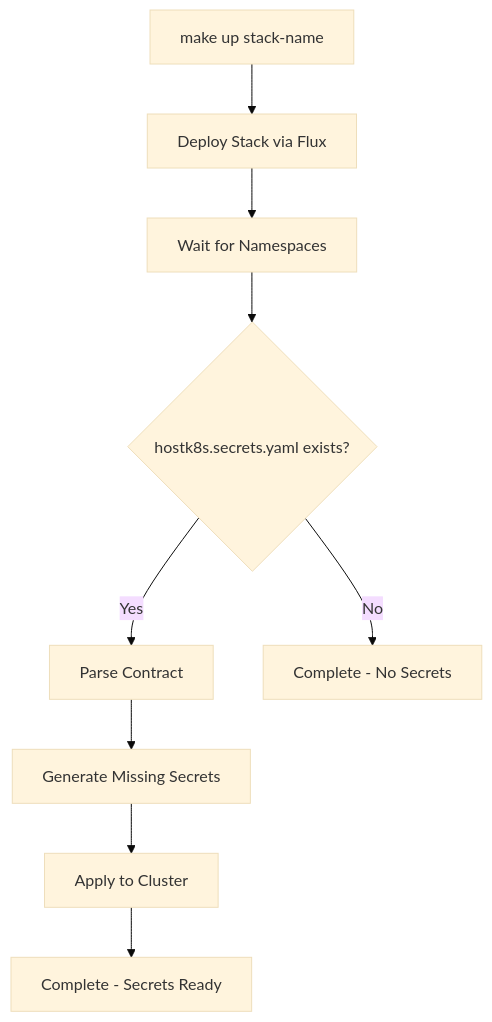
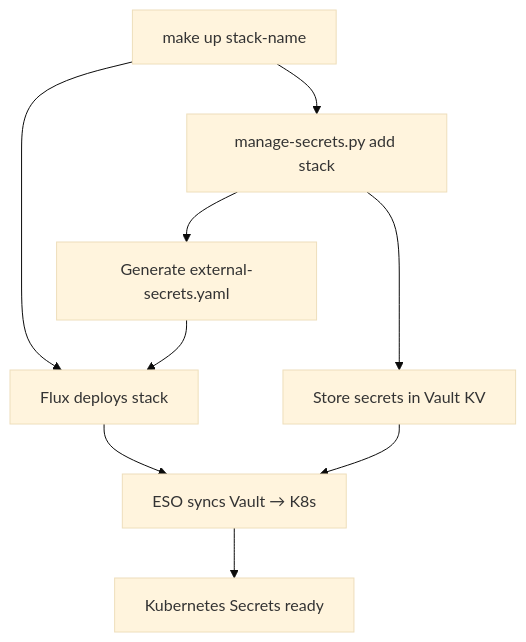
One commit to danielscholl-osdu/hostk8s changed the diagram in docs/secret-contracts.md. Above: the diagram before and after it, drawn with Mermaid (base theme). The commit also changed other lines of this file and 1 other file, not shown here.

````diff
--- a/docs/secret-contracts.md
+++ b/docs/secret-contracts.md
@@ -230,11 +275,11 @@
 ```mermaid
 graph TD
-    A[make up stack-name] --> B[Deploy Stack via Flux]
-    B --> C[Wait for Namespaces]
-    C --> D{hostk8s.secrets.yaml exists?}
-    D -->|Yes| E[Parse Contract]
-    D -->|No| F[Complete - No Secrets]
-    E --> G[Generate Missing Secrets]
-    G --> H[Apply to Cluster]
-    H --> I[Complete - Secrets Ready]
+    A[make up stack-name] --> B[manage-secrets.py add stack]
+    B --> C[Store secrets in Vault KV]
+    B --> D[Generate external-secrets.yaml]
+    A --> E[Flux deploys stack]
+    D --> E
+    E --> F[ESO syncs Vault → K8s]
+    C --> F
+    F --> G[Kubernetes Secrets ready]
 ```
````
